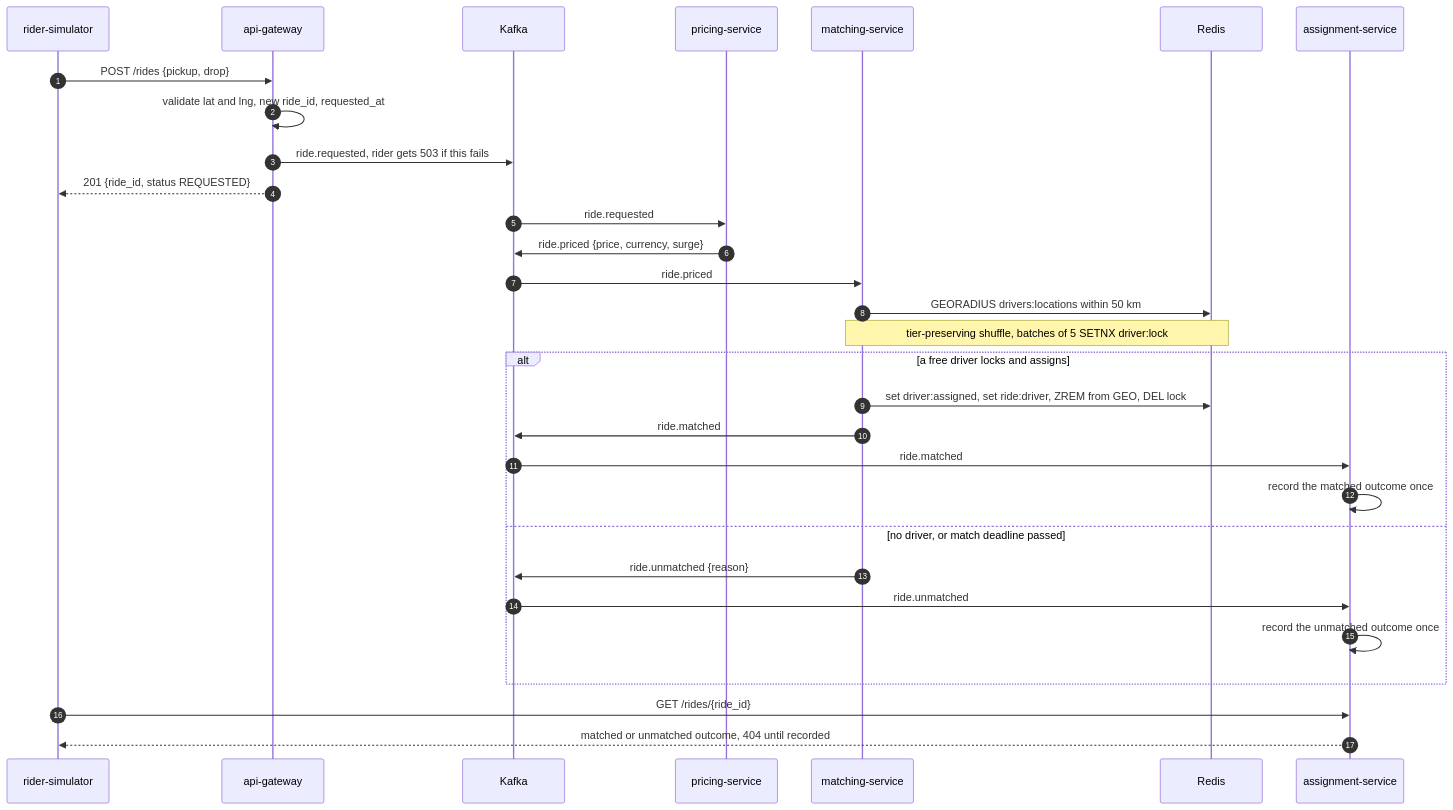
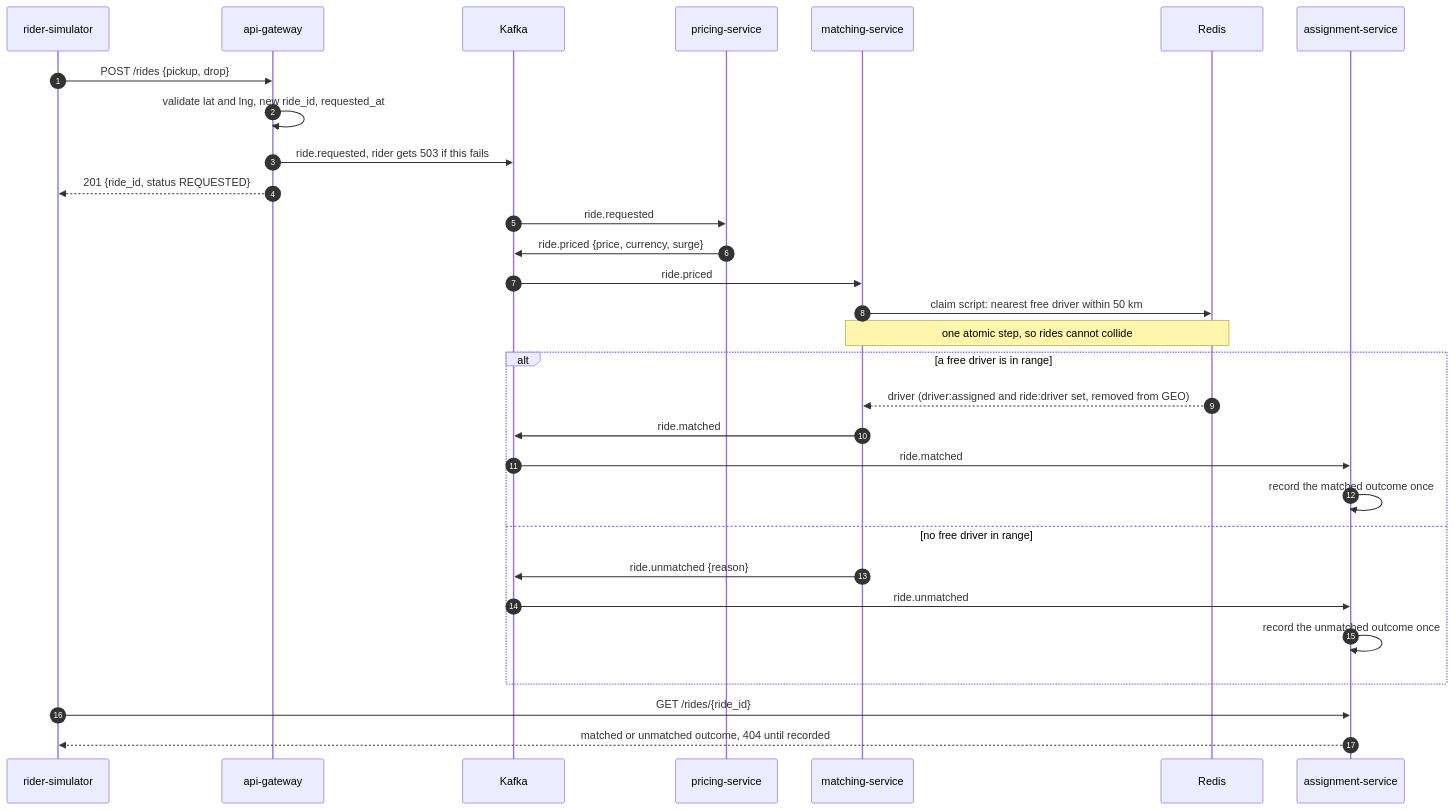
Before and after one commit to coderconnoisseur/ridepulse: the second of 2 diagrams in README.md, drawn with Mermaid. The commit also changed other lines of this file and 9 other files, not shown here.

````diff
--- a/README.md
+++ b/README.md
@@ -93,33 +91,33 @@
 ```mermaid
 sequenceDiagram
     autonumber
     participant Rider as rider-simulator
     participant GW as api-gateway
     participant Kafka
     participant Pricing as pricing-service
     participant Match as matching-service
     participant Redis
     participant Assign as assignment-service
 
     Rider->>GW: POST /rides {pickup, drop}
     GW->>GW: validate lat and lng, new ride_id, requested_at
     GW->>Kafka: ride.requested, rider gets 503 if this fails
     GW-->>Rider: 201 {ride_id, status REQUESTED}
     Kafka->>Pricing: ride.requested
     Pricing->>Kafka: ride.priced {price, currency, surge}
     Kafka->>Match: ride.priced
-    Match->>Redis: GEORADIUS drivers:locations within 50 km
-    Note over Match,Redis: tier-preserving shuffle, batches of 5 SETNX driver:lock
-    alt a free driver locks and assigns
-        Match->>Redis: set driver:assigned, set ride:driver, ZREM from GEO, DEL lock
+    Match->>Redis: claim script: nearest free driver within 50 km
+    Note over Match,Redis: one atomic step, so rides cannot collide
+    alt a free driver is in range
+        Redis-->>Match: driver (driver:assigned and ride:driver set, removed from GEO)
         Match->>Kafka: ride.matched
         Kafka->>Assign: ride.matched
         Assign->>Assign: record the matched outcome once
-    else no driver, or match deadline passed
+    else no free driver in range
         Match->>Kafka: ride.unmatched {reason}
         Kafka->>Assign: ride.unmatched
         Assign->>Assign: record the unmatched outcome once
     end
     Rider->>Assign: GET /rides/{ride_id}
     Assign-->>Rider: matched or unmatched outcome, 404 until recorded
 ```
````
